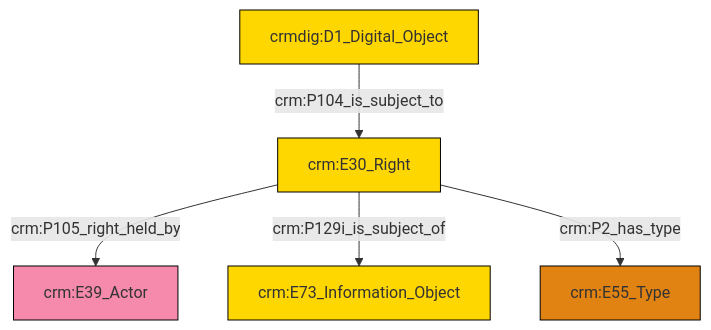
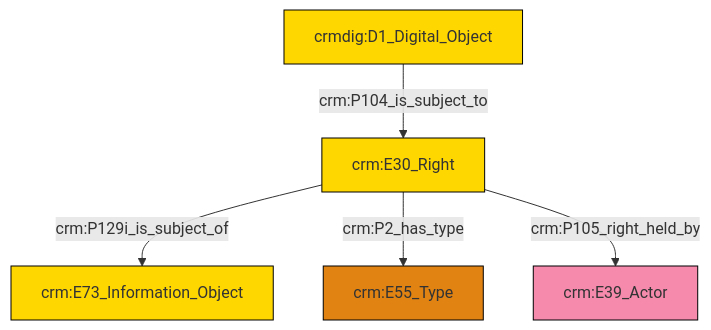
The diagram in et/doCSV/ttl/mmd/do_rights.ttl.mmd (swiss-art-research-net/docs.swissartresearch), drawn with Mermaid before and after one commit. The commit also changed 180 other files, not shown here.

```diff
--- a/et/doCSV/ttl/mmd/do_rights.ttl.mmd
+++ b/et/doCSV/ttl/mmd/do_rights.ttl.mmd
@@ -1,19 +1,19 @@
 graph TD
 classDef Literal fill:#f2f2f2,stroke:#000000;
 classDef CRM_Entity fill:#FFFFFF,stroke:#000000;
 classDef Temporal_Entity fill:#00C9E6, stroke:#000000;
 classDef Type fill:#E18312, stroke:#000000;
 classDef Time-Span fill:#2C9C91, stroke:#000000;
 classDef Appellation fill:#FFEB7F, stroke:#000000;
 classDef Place fill:#008836, stroke:#000000;
 classDef Persistent_Item fill:#B266B2, stroke:#000000;
 classDef Conceptual_Object fill:#FFD700, stroke:#000000;
 classDef Physical_Thing fill:#D2B48C, stroke:#000000;
 classDef Actor fill:#f58aad, stroke:#000000;
 classDef PC_Classes fill:#4ce600, stroke:#000000;
 classDef Multi fill:#cccccc,stroke:#000000;
 
-0["crm:E30_Right"]:::Conceptual_Object -->|crm:P105_right_held_by| 2["crm:E39_Actor"]:::Actor
-0["crm:E30_Right"]:::Conceptual_Object -->|crm:P129i_is_subject_of| 4["crm:E73_Information_Object"]:::Conceptual_Object
-0["crm:E30_Right"]:::Conceptual_Object -->|crm:P2_has_type| 5["crm:E55_Type"]:::Type
-8["crmdig:D1_Digital_Object"]:::Conceptual_Object -->|crm:P104_is_subject_to| 0["crm:E30_Right"]:::Conceptual_Object
+0["crm:E30_Right"]:::Conceptual_Object -->|crm:P129i_is_subject_of| 1["crm:E73_Information_Object"]:::Conceptual_Object
+0["crm:E30_Right"]:::Conceptual_Object -->|crm:P2_has_type| 7["crm:E55_Type"]:::Type
+5["crmdig:D1_Digital_Object"]:::Conceptual_Object -->|crm:P104_is_subject_to| 0["crm:E30_Right"]:::Conceptual_Object
+0["crm:E30_Right"]:::Conceptual_Object -->|crm:P105_right_held_by| 3["crm:E39_Actor"]:::Actor
```
